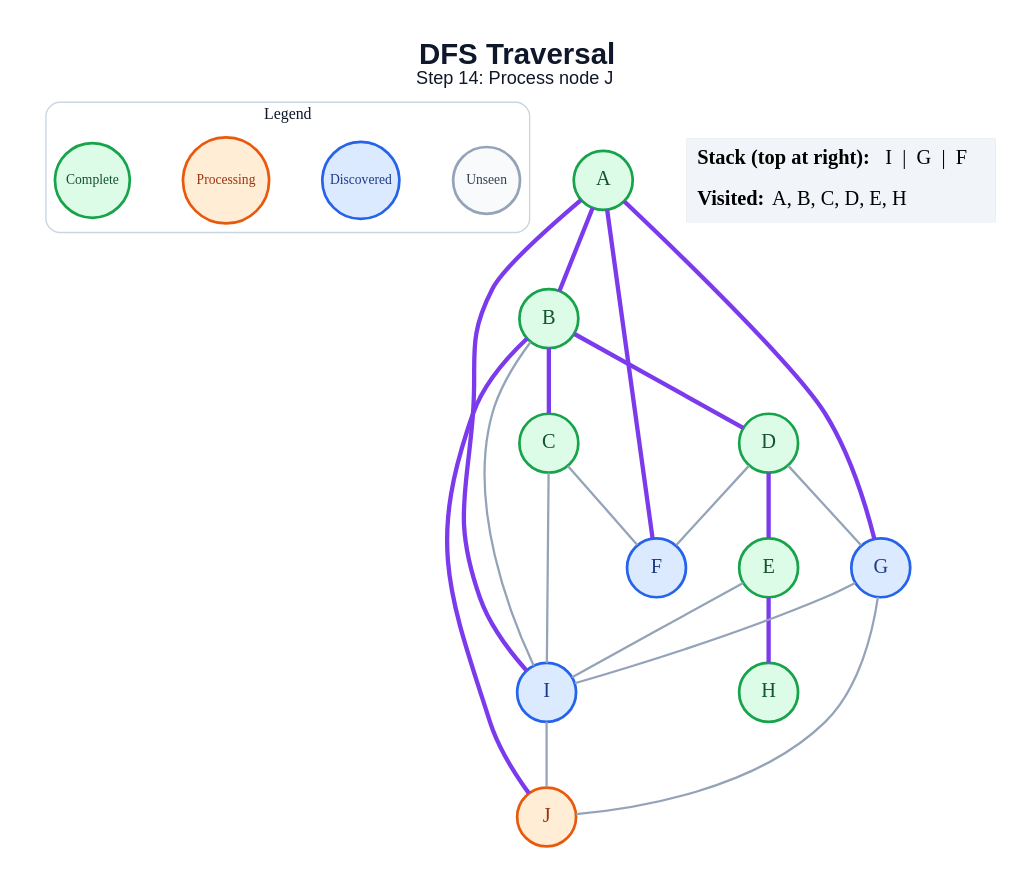
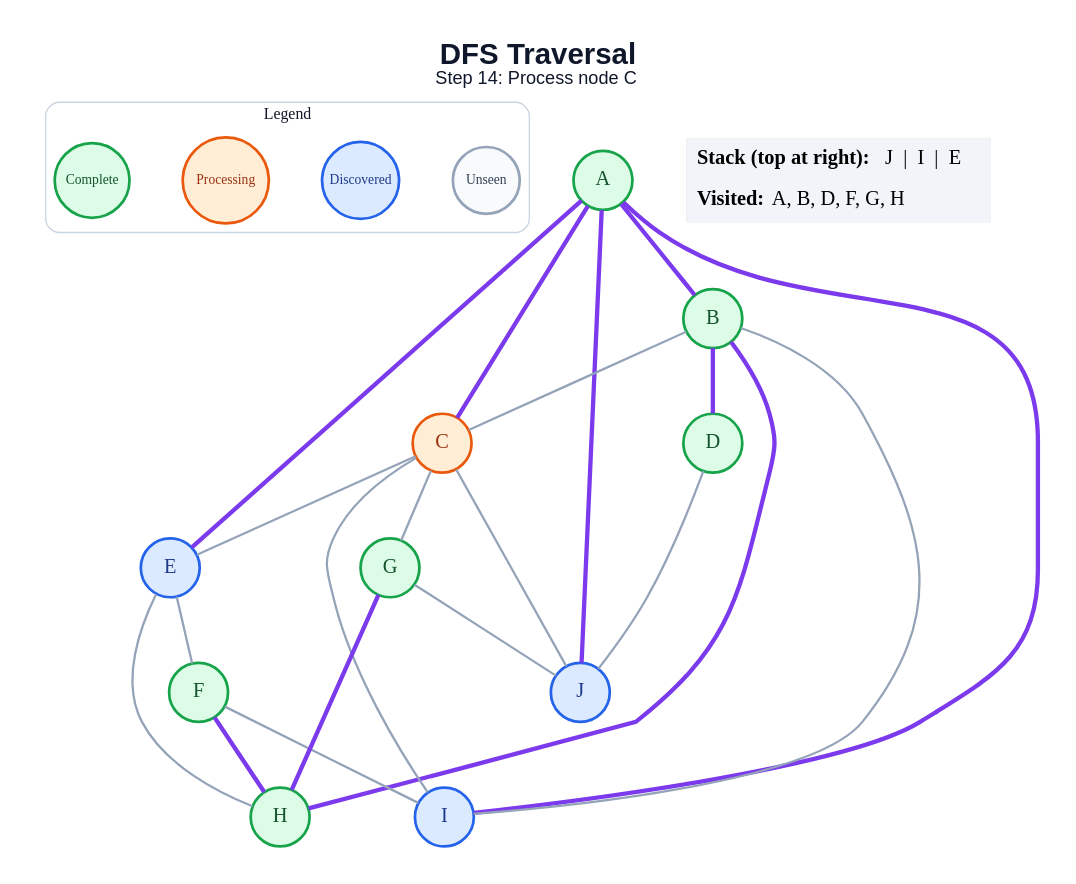
Before and after one commit to anon7238593-create/ai-slop: the diagram in generated/dfs/step_14.dot, drawn with Graphviz. The commit also changed 178 other files, not shown here.

```diff
--- a/generated/dfs/step_14.dot
+++ b/generated/dfs/step_14.dot
@@ -1,47 +1,49 @@
 graph traversal {
   graph [layout=dot, rankdir=TB, bgcolor="#FFFFFF", pad="0.35", nodesep="0.65", ranksep="0.8", fontname="Arial"];
   node [shape=circle, style="filled", fontname="Arial Bold", fontsize=18, width=0.72, fixedsize=true, penwidth=2.4];
   edge [color="#94A3B8", penwidth=2.0];
-  label=<<B>DFS Traversal</B><BR/><FONT POINT-SIZE="16">Step 14: Process node J</FONT>>; labelloc="t"; fontsize=26; fontname="Arial"; fontcolor="#0F172A";
+  label=<<B>DFS Traversal</B><BR/><FONT POINT-SIZE="16">Step 14: Process node C</FONT>>; labelloc="t"; fontsize=26; fontname="Arial"; fontcolor="#0F172A";
   subgraph cluster_legend { label="Legend"; color="#CBD5E1"; penwidth=1.2; style="rounded"; fontsize=14; fontname="Arial Bold";
     key_unseen [label="Unseen", fillcolor="#F8FAFC", color="#94A3B8", fontcolor="#334155", fontsize=12, width=0.82];
     key_frontier [label="Discovered", fillcolor="#DBEAFE", color="#2563EB", fontcolor="#1E3A8A", fontsize=12, width=0.95];
     key_current [label="Processing", fillcolor="#FFEDD5", color="#EA580C", fontcolor="#9A3412", fontsize=12, width=1.05];
     key_done [label="Complete", fillcolor="#DCFCE7", color="#16A34A", fontcolor="#14532D", fontsize=12, width=0.92];
     { rank=same; key_unseen; key_frontier; key_current; key_done; }
   }
   A [fillcolor="#DCFCE7", color="#16A34A", fontcolor="#14532D"];
   B [fillcolor="#DCFCE7", color="#16A34A", fontcolor="#14532D"];
-  C [fillcolor="#DCFCE7", color="#16A34A", fontcolor="#14532D"];
+  C [fillcolor="#FFEDD5", color="#EA580C", fontcolor="#9A3412"];
   D [fillcolor="#DCFCE7", color="#16A34A", fontcolor="#14532D"];
-  E [fillcolor="#DCFCE7", color="#16A34A", fontcolor="#14532D"];
-  F [fillcolor="#DBEAFE", color="#2563EB", fontcolor="#1E3A8A"];
-  G [fillcolor="#DBEAFE", color="#2563EB", fontcolor="#1E3A8A"];
+  E [fillcolor="#DBEAFE", color="#2563EB", fontcolor="#1E3A8A"];
+  F [fillcolor="#DCFCE7", color="#16A34A", fontcolor="#14532D"];
+  G [fillcolor="#DCFCE7", color="#16A34A", fontcolor="#14532D"];
   H [fillcolor="#DCFCE7", color="#16A34A", fontcolor="#14532D"];
   I [fillcolor="#DBEAFE", color="#2563EB", fontcolor="#1E3A8A"];
-  J [fillcolor="#FFEDD5", color="#EA580C", fontcolor="#9A3412"];
+  J [fillcolor="#DBEAFE", color="#2563EB", fontcolor="#1E3A8A"];
   A -- B [color="#7C3AED", penwidth=3.8];
-  A -- F [color="#7C3AED", penwidth=3.8];
-  A -- G [color="#7C3AED", penwidth=3.8];
+  A -- C [color="#7C3AED", penwidth=3.8];
+  A -- E [color="#7C3AED", penwidth=3.8];
   A -- I [color="#7C3AED", penwidth=3.8];
-  B -- C [color="#7C3AED", penwidth=3.8];
+  A -- J [color="#7C3AED", penwidth=3.8];
+  B -- C;
   B -- D [color="#7C3AED", penwidth=3.8];
+  B -- H [color="#7C3AED", penwidth=3.8];
   B -- I;
-  B -- J [color="#7C3AED", penwidth=3.8];
-  C -- F;
+  C -- E;
+  C -- G;
   C -- I;
-  D -- E [color="#7C3AED", penwidth=3.8];
-  D -- F;
-  D -- G;
-  E -- H [color="#7C3AED", penwidth=3.8];
-  E -- I;
-  G -- I;
+  C -- J;
+  D -- J;
+  E -- F;
+  E -- H;
+  F -- H [color="#7C3AED", penwidth=3.8];
+  F -- I;
+  G -- H [color="#7C3AED", penwidth=3.8];
   G -- J;
-  I -- J;
   status [shape=plain, fixedsize=false, width=0, height=0, margin=0, label=<
     <TABLE BORDER="0" CELLBORDER="0" CELLPADDING="7" BGCOLOR="#F1F5F9">
-      <TR><TD ALIGN="LEFT"><B>Stack (top at right):</B> I  |  G  |  F</TD></TR>
-      <TR><TD ALIGN="LEFT"><B>Visited:</B> A, B, C, D, E, H</TD></TR>
+      <TR><TD ALIGN="LEFT"><B>Stack (top at right):</B> J  |  I  |  E</TD></TR>
+      <TR><TD ALIGN="LEFT"><B>Visited:</B> A, B, D, F, G, H</TD></TR>
     </TABLE>
   >];
 }
```
